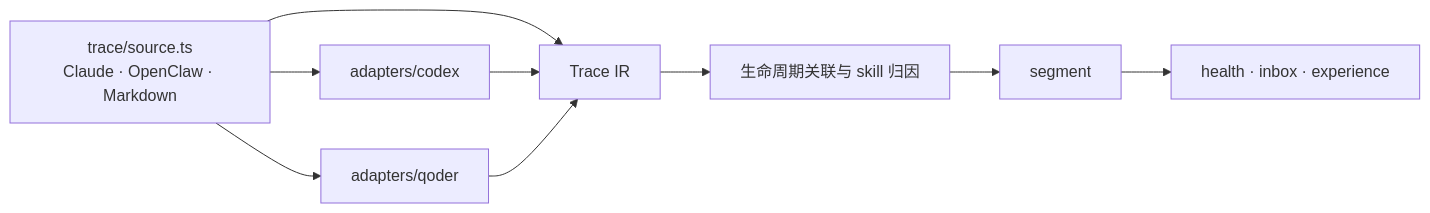
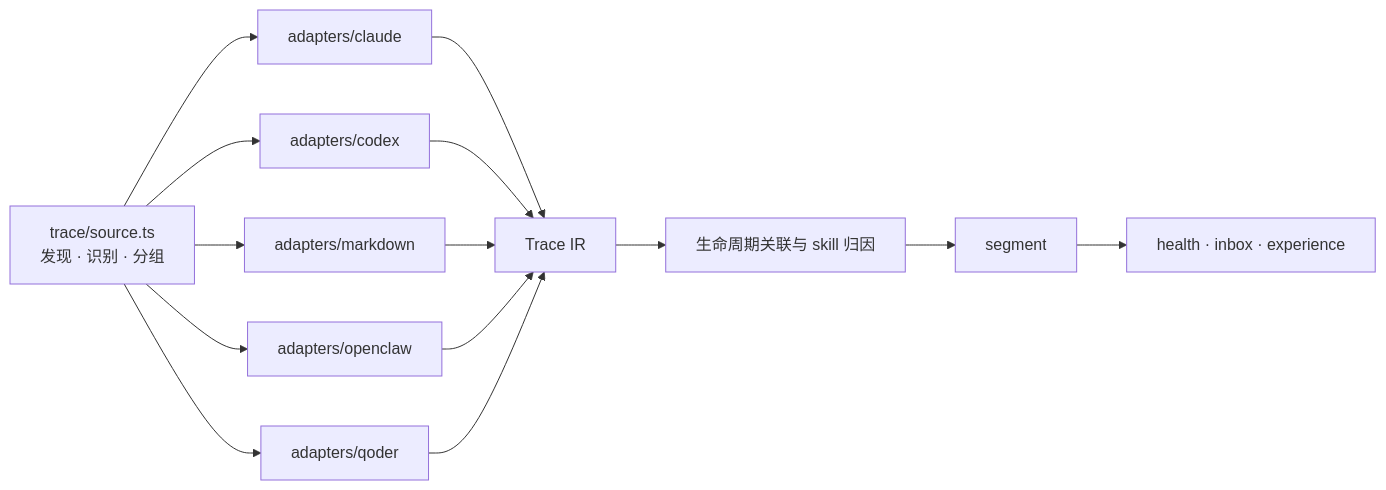
The second of 2 diagrams in docs/zh/explanation/architecture.md (lizhiyao/oh-my-knowledge), drawn with Mermaid before and after one commit. The commit also changed other lines of this file and 18 other files, not shown here.

````diff
--- a/docs/zh/explanation/architecture.md
+++ b/docs/zh/explanation/architecture.md
@@ -282,9 +287,11 @@
 ```mermaid
 flowchart LR
-    S0["trace/source.ts<br/>Claude · OpenClaw · Markdown"] --> IR["Trace IR"]
+    S0["trace/source.ts<br/>发现 · 识别 · 分组"] --> C["adapters/claude"] --> IR["Trace IR"]
     S0 --> X["adapters/codex"] --> IR
+    S0 --> M["adapters/markdown"] --> IR
+    S0 --> O["adapters/openclaw"] --> IR
     S0 --> Q["adapters/qoder"] --> IR
     IR --> A["生命周期关联与 skill 归因"]
     A --> S["segment"]
     S --> R["health · inbox · experience"]
 ```
````
